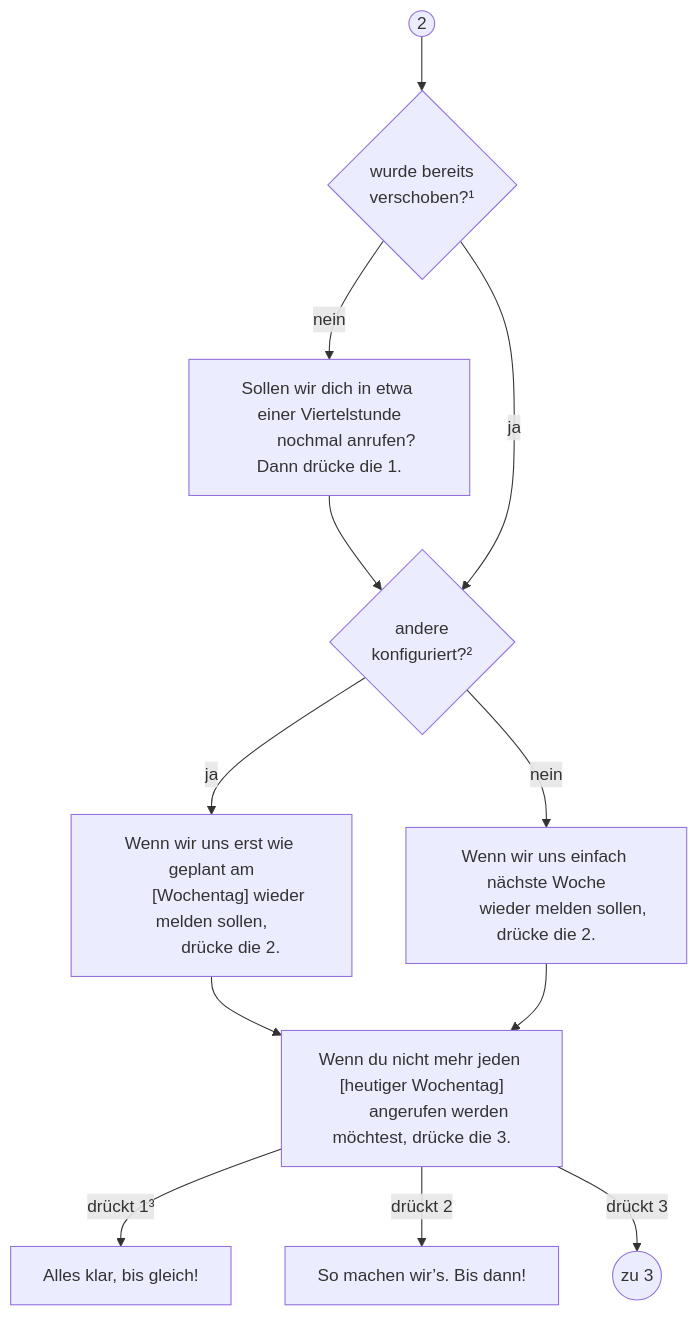
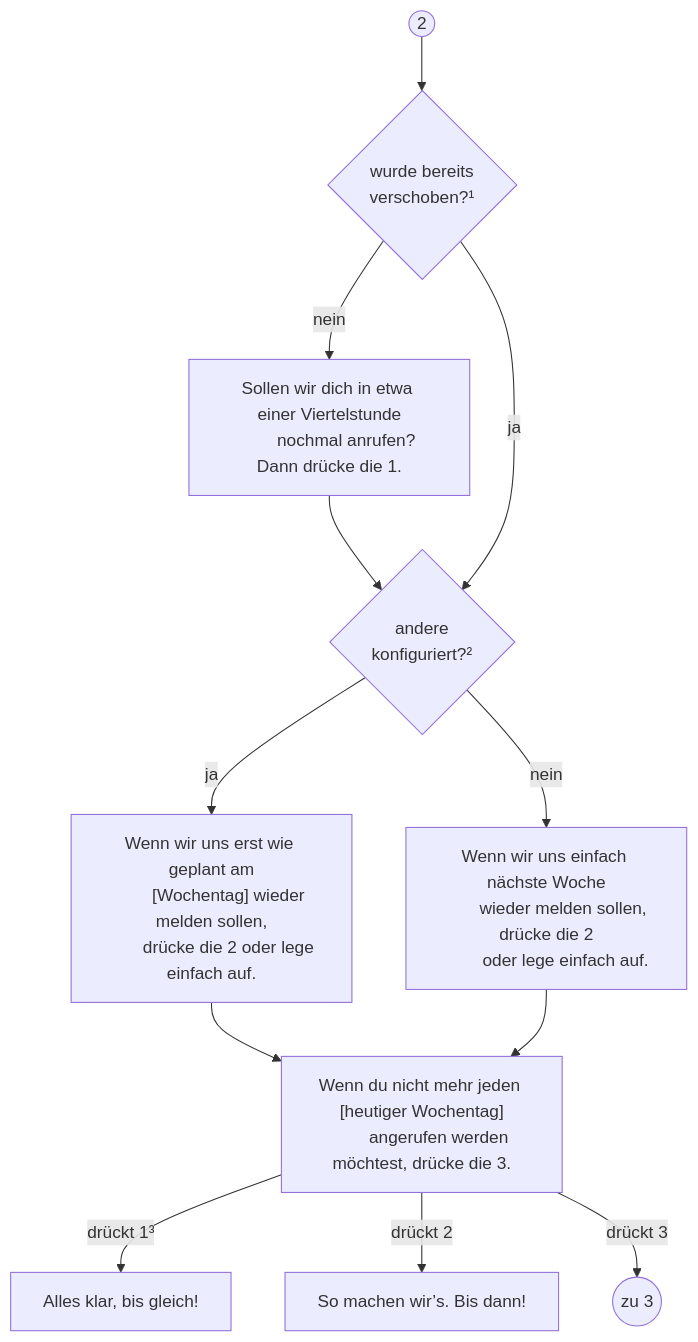
The third of 6 diagrams in doc/ivr.md (filip1/dearmep), drawn with Mermaid before and after one commit.

Commit message:
Implement text changes requested by Thomas

````diff
--- a/doc/ivr.md
+++ b/doc/ivr.md
@@ -146,43 +146,44 @@
 ```mermaid
 flowchart TD
     start((2)) --> alreadyPostponedCheck{"
         wurde bereits
         verschoben?¹
     "} -- nein --> postponePrompt["
         Sollen wir dich in etwa einer Viertelstunde
         nochmal anrufen? Dann drücke die 1.
     "] --> othersConfiguredCheck
 
     alreadyPostponedCheck -- ja --> othersConfiguredCheck
 
     othersConfiguredCheck{"
         andere
         konfiguriert?²
     "} -- ja --> otherPrompt
 
     othersConfiguredCheck -- nein --> nextWeekPrompt
 
     otherPrompt["
         Wenn wir uns erst wie geplant am
         [Wochentag] wieder melden sollen,
-        drücke die 2.
+        drücke die 2 oder lege einfach auf.
     "] --> deletePrompt
 
     nextWeekPrompt["
         Wenn wir uns einfach nächste Woche
-        wieder melden sollen, drücke die 2.
+        wieder melden sollen, drücke die 2
+        oder lege einfach auf.
     "] --> deletePrompt
 
     deletePrompt["
         Wenn du nicht mehr jeden [heutiger Wochentag]
         angerufen werden möchtest, drücke die 3.
     "]
 
     deletePrompt -- "drückt 1³" --> postpone["
         Alles klar, bis gleich!
     "]
     deletePrompt -- "drückt 2" --> next["
         So machen wir’s. Bis dann!
     "]
     deletePrompt -- "drückt 3" --> delete((zu 3))
 ```
````
